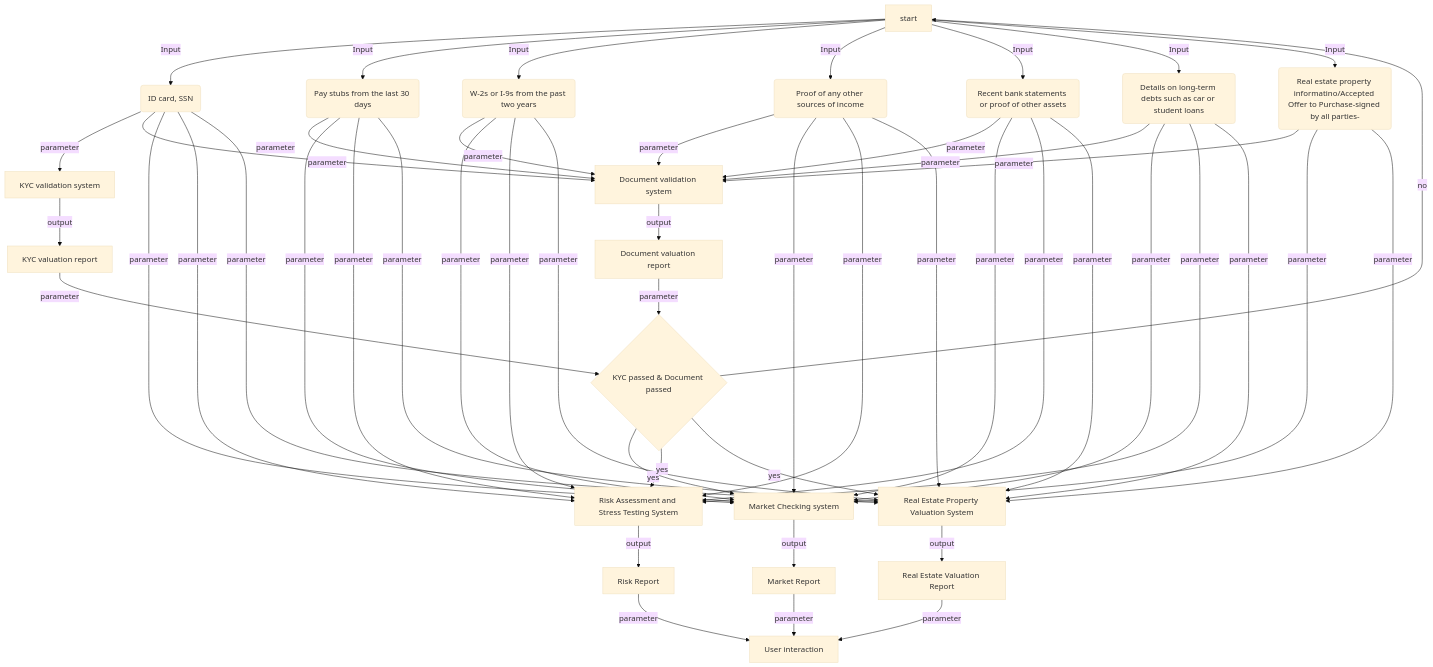
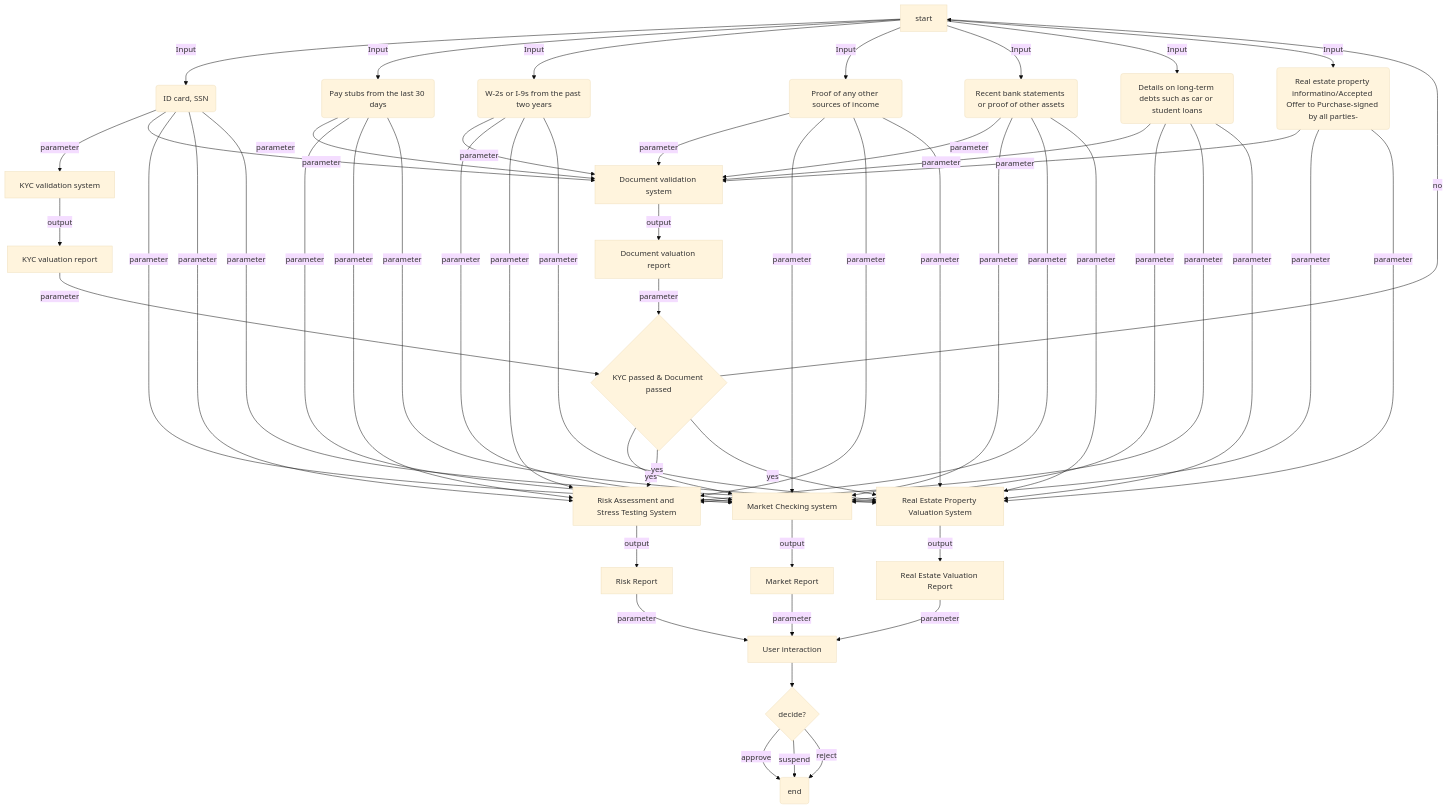
Before and after one commit to medusa1423/mermaid: the first of 8 diagrams in README.md, drawn with Mermaid (base theme).

````diff
--- a/README.md
+++ b/README.md
@@ -5,61 +5,66 @@
 ```mermaid
 flowchart TD;
 A[start] -->|Input| B(ID card, SSN);
 A[start] -->|Input| C(Pay stubs from the last 30 days);
 A[start] -->|Input| D(W-2s or I-9s from the past two years);
 A[start] -->|Input| E(Proof of any other sources of income);
 A[start] -->|Input| F(Recent bank statements or proof of other assets);
 A[start] -->|Input| G(Details on long-term debts such as car or student loans);
 A[start] -->|Input| H(Real estate property informatino/Accepted Offer to Purchase-signed by all parties-);
 B -->|parameter| K[KYC validation system];
 B -->|parameter| L[Document validation system];
 C -->|parameter| L[Document validation system];
 D -->|parameter| L[Document validation system];
 E -->|parameter| L[Document validation system];
 F -->|parameter| L[Document validation system];
 G -->|parameter| L[Document validation system];
 H -->|parameter| L[Document validation system];
 
 B -->|parameter| M[Market Checking system];
 C -->|parameter| M[Market Checking system];
 D -->|parameter| M[Market Checking system];
 E -->|parameter| M[Market Checking system];
 F -->|parameter| M[Market Checking system];
 G -->|parameter| M[Market Checking system];
 H -->|parameter| M[Market Checking system];
 
 B -->|parameter| N[Risk Assessment and Stress Testing System];
 C -->|parameter| N[Risk Assessment and Stress Testing System];
 D -->|parameter| N[Risk Assessment and Stress Testing System];
 E -->|parameter| N[Risk Assessment and Stress Testing System];
 F -->|parameter| N[Risk Assessment and Stress Testing System];
 G -->|parameter| N[Risk Assessment and Stress Testing System];
 
 B -->|parameter| O[Real Estate Property Valuation System];
 C -->|parameter| O[Real Estate Property Valuation System];
 D -->|parameter| O[Real Estate Property Valuation System];
 E -->|parameter| O[Real Estate Property Valuation System];
 F -->|parameter| O[Real Estate Property Valuation System];
 G -->|parameter| O[Real Estate Property Valuation System];
 H -->|parameter| O[Real Estate Property Valuation System];
 
 
 K -->|output| P[KYC valuation report];
 L -->|output| Q[Document valuation report];
 
 P -->|parameter| R{KYC passed & Document passed};
 Q -->|parameter| R{KYC passed & Document passed};
 
 R -->|yes| M[Market Checking system];
 R -->|yes| N[Risk Assessment and Stress Testing System];
 R -->|yes| O[Real Estate Property Valuation System];
 
 R -->|no| A[start];
 
 M --> |output| S[Market Report];
 N --> |output| T[Risk Report];
 O --> |output| U[Real Estate Valuation Report];
 S --> |parameter| V[User interaction];
 T --> |parameter| V[User interaction];
 U --> |parameter| V[User interaction];
+V --> W{decide?};
+
+W --> |approve| X(end);
+W --> |suspend| X;
+W --> |reject| X;
 ```
````
